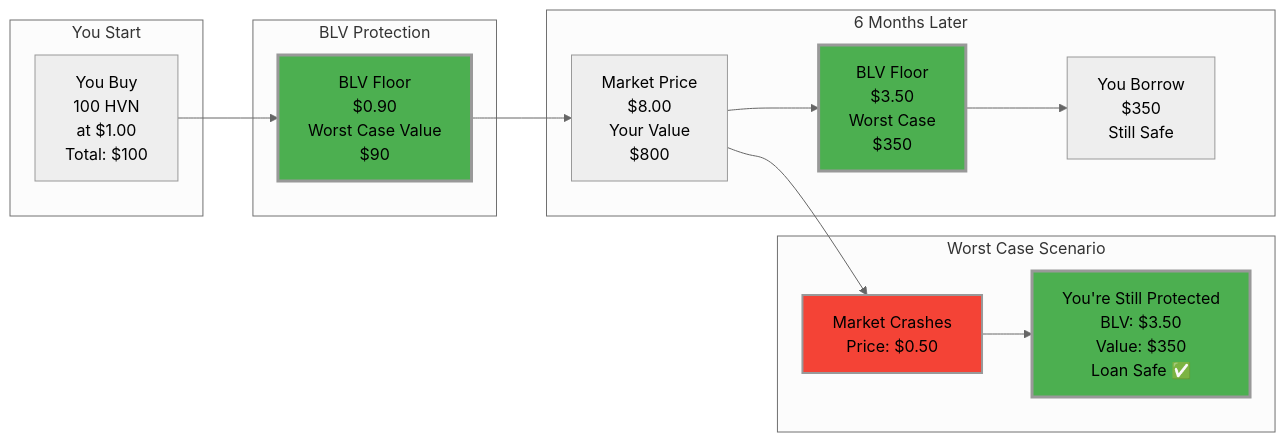
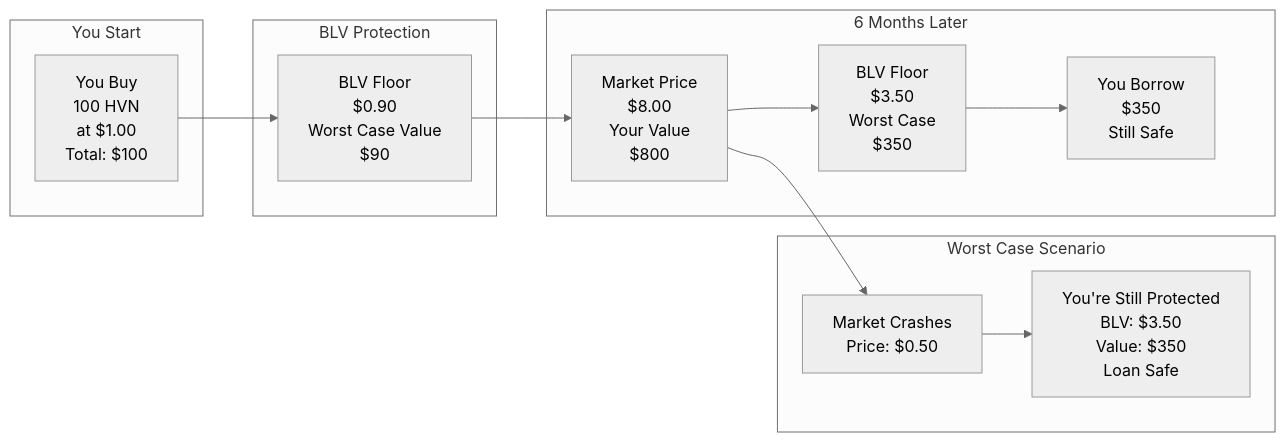
Before and after one commit to 0xJaehaerys/ohmega: the sixth of 6 diagrams in blackhaven-blv-user-friendly.md, drawn with Mermaid (neutral theme). The commit also changed other lines of this file, not shown here.

First line of the commit message:
Remove emojis and colors from BLV user-friendly diagram

````diff
--- a/blackhaven-blv-user-friendly.md
+++ b/blackhaven-blv-user-friendly.md
@@ -194,34 +177,30 @@
 ```mermaid
 graph LR
     subgraph "You Start"
         BUY[You Buy<br/>100 HVN<br/>at $1.00<br/>Total: $100]
     end
     
     subgraph "BLV Protection"
         BLV_INIT[BLV Floor<br/>$0.90<br/>Worst Case Value<br/>$90]
     end
     
     subgraph "6 Months Later"
         MARKET[Market Price<br/>$8.00<br/>Your Value<br/>$800]
         BLV_NOW[BLV Floor<br/>$3.50<br/>Worst Case<br/>$350]
         BORROW[You Borrow<br/>$350<br/>Still Safe]
     end
     
     subgraph "Worst Case Scenario"
         CRASH[Market Crashes<br/>Price: $0.50]
-        PROTECTED[You're Still Protected<br/>BLV: $3.50<br/>Value: $350<br/>Loan Safe ✅]
+        PROTECTED[You're Still Protected<br/>BLV: $3.50<br/>Value: $350<br/>Loan Safe]
     end
     
     BUY --> BLV_INIT
     BLV_INIT --> MARKET
     MARKET --> BLV_NOW
     BLV_NOW --> BORROW
     
     MARKET --> CRASH
     CRASH --> PROTECTED
     
-    style BLV_INIT fill:#4caf50,stroke-width:3px
-    style BLV_NOW fill:#4caf50,stroke-width:3px
-    style PROTECTED fill:#4caf50,stroke-width:3px
-    style CRASH fill:#f44336,stroke-width:2px
 ```
````
